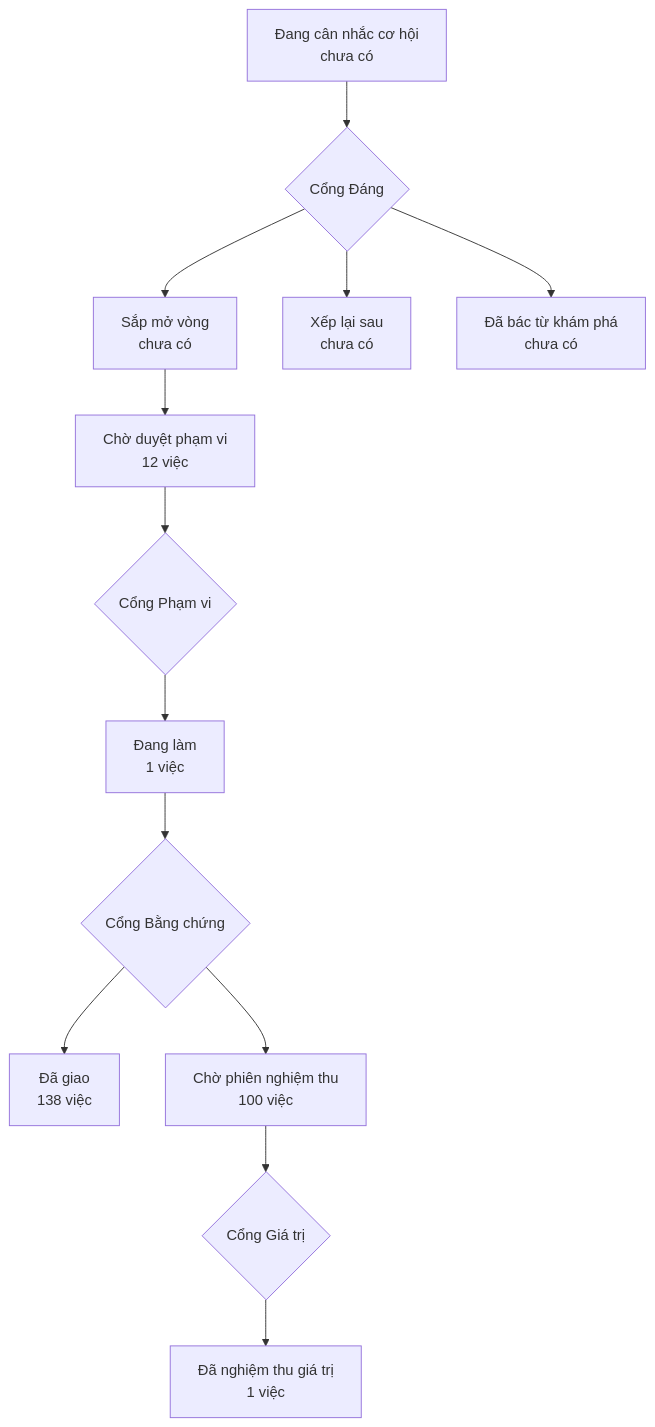
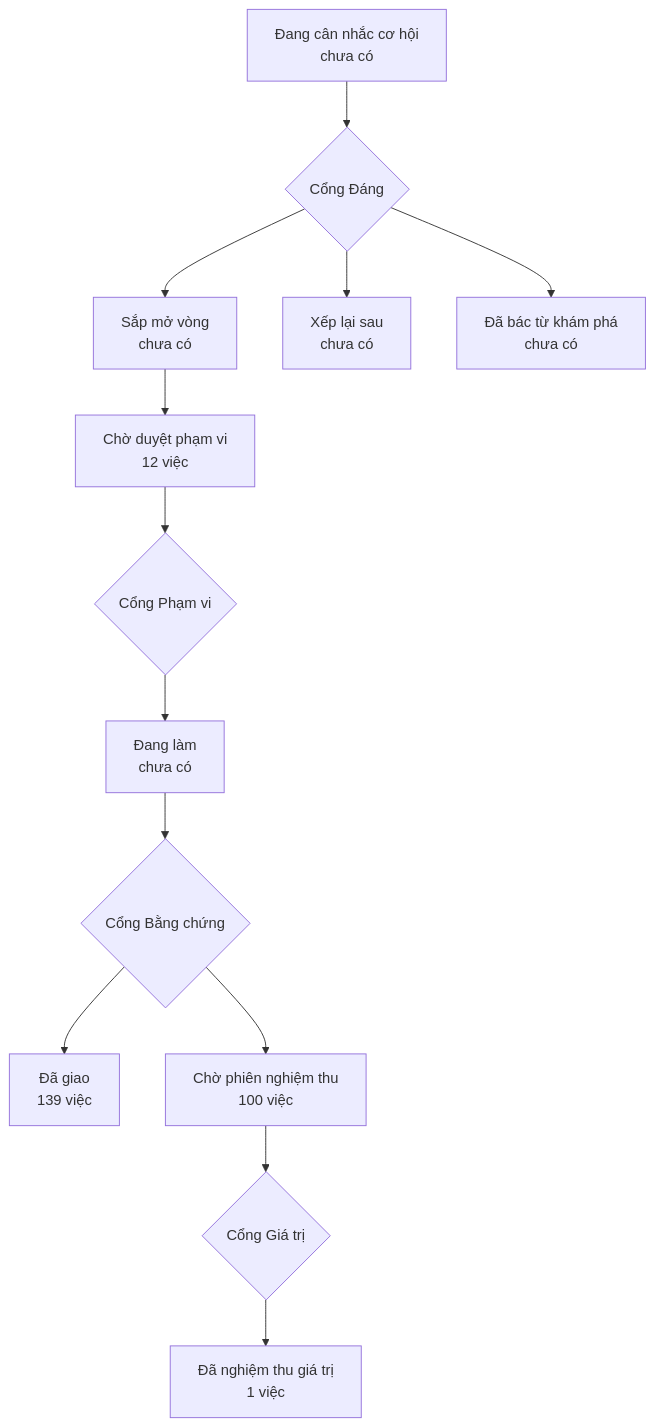
One commit to phanlemanh/onehub-invest changed the diagram in PRODUCT-MAP.md. Above: the diagram before and after it, drawn with Mermaid. The commit also changed other lines of this file and 5 other files, not shown here.

````diff
--- a/PRODUCT-MAP.md
+++ b/PRODUCT-MAP.md
@@ -7,12 +7,12 @@
 ```mermaid
 flowchart TD
   A["Đang cân nhắc cơ hội<br/>chưa có"] --> GD{"Cổng Đáng"}
   GD --> B["Sắp mở vòng<br/>chưa có"]
   GD --> XL["Xếp lại sau<br/>chưa có"]
   GD --> DB["Đã bác từ khám phá<br/>chưa có"]
   B --> CD["Chờ duyệt phạm vi<br/>12 việc"] --> GP{"Cổng Phạm vi"}
-  GP --> DL["Đang làm<br/>1 việc"] --> GB{"Cổng Bằng chứng"}
-  GB --> DG["Đã giao<br/>138 việc"]
+  GP --> DL["Đang làm<br/>chưa có"] --> GB{"Cổng Bằng chứng"}
+  GB --> DG["Đã giao<br/>139 việc"]
   GB --> CN["Chờ phiên nghiệm thu<br/>100 việc"] --> GG{"Cổng Giá trị"}
   GG --> NT["Đã nghiệm thu giá trị<br/>1 việc"]
 ```
````
